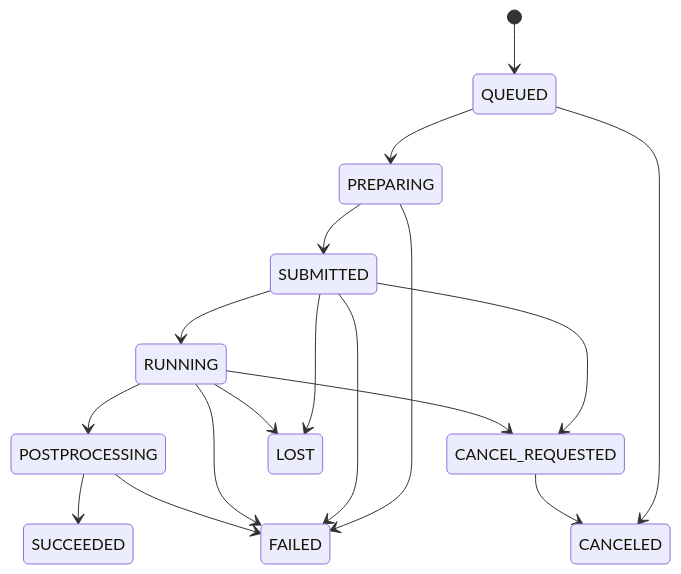
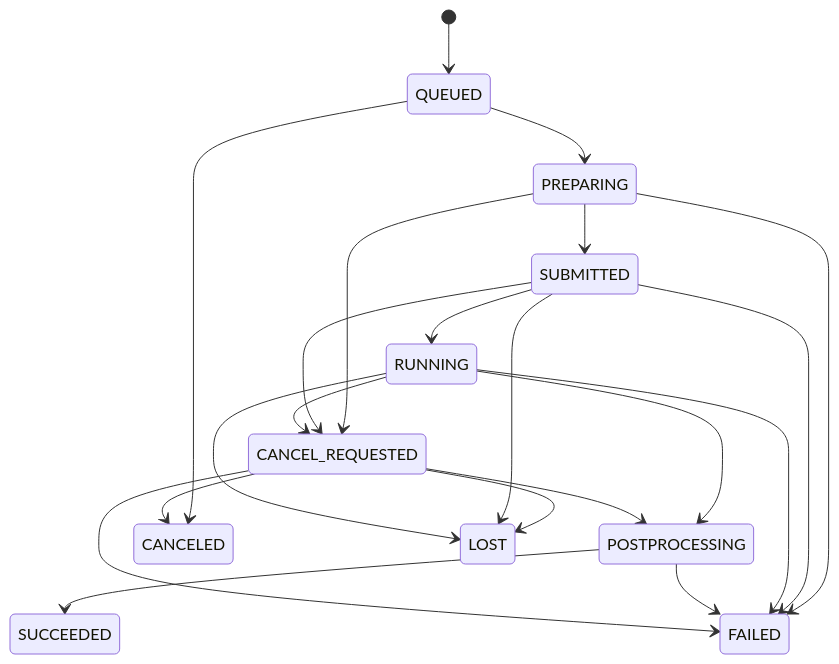
One commit to bdobrica/KitchenSoup changed the tenth of 14 diagrams in PLAN.md. Above: the diagram before and after it, drawn with Mermaid. The commit also changed other lines of this file and 29 other files, not shown here.

````diff
--- a/PLAN.md
+++ b/PLAN.md
@@ -912,22 +912,26 @@
 ```mermaid
 stateDiagram-v2
     [*] --> QUEUED
     QUEUED --> PREPARING
     PREPARING --> SUBMITTED
     SUBMITTED --> RUNNING
     RUNNING --> POSTPROCESSING
     POSTPROCESSING --> SUCCEEDED
 
     QUEUED --> CANCELED
     PREPARING --> FAILED
+    PREPARING --> CANCEL_REQUESTED
     SUBMITTED --> FAILED
     RUNNING --> FAILED
     POSTPROCESSING --> FAILED
 
     SUBMITTED --> CANCEL_REQUESTED
     RUNNING --> CANCEL_REQUESTED
     CANCEL_REQUESTED --> CANCELED
+    CANCEL_REQUESTED --> FAILED
+    CANCEL_REQUESTED --> LOST
+    CANCEL_REQUESTED --> POSTPROCESSING
 
     SUBMITTED --> LOST
     RUNNING --> LOST
 ```
````
